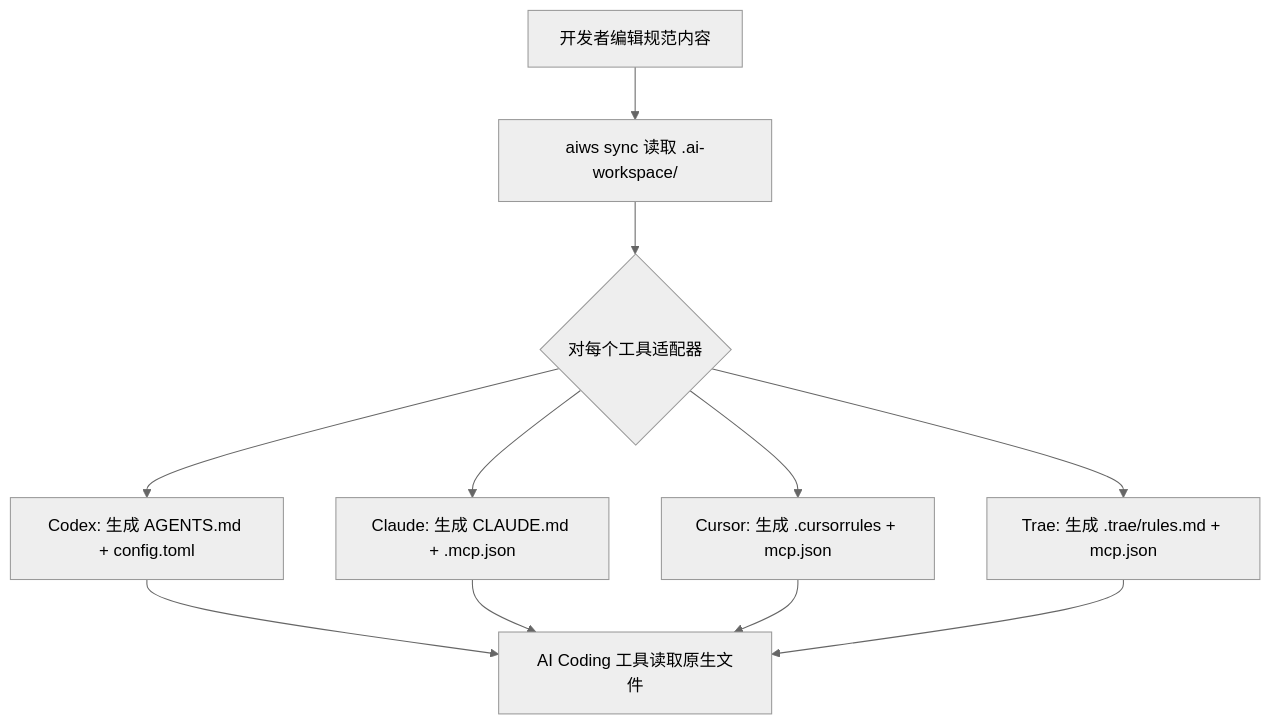
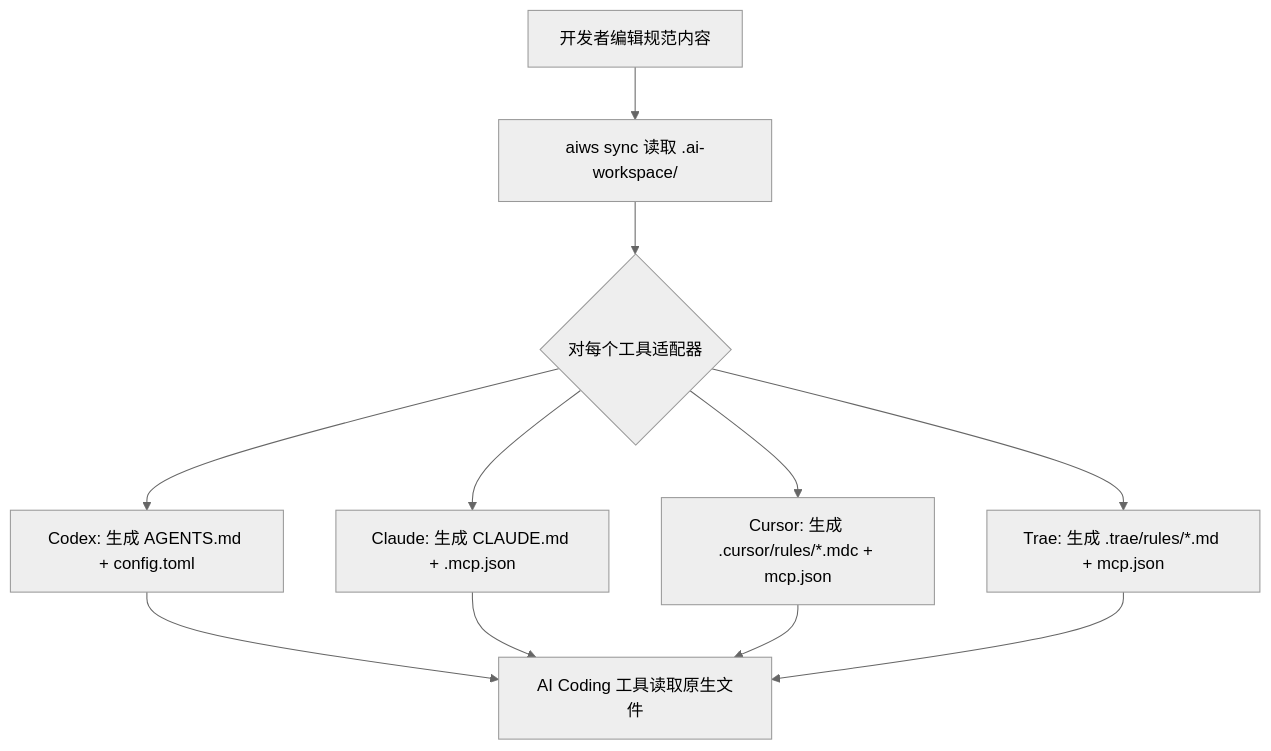
Before and after one commit to ImperfectXuan/ai-management: the first of 2 diagrams in docs/reference/ARCHITECTURE.md, drawn with Mermaid (neutral theme). The commit also changed other lines of this file and 31 other files, not shown here.

````diff
--- a/docs/reference/ARCHITECTURE.md
+++ b/docs/reference/ARCHITECTURE.md
@@ -61,13 +64,13 @@
 ```mermaid
 graph TD
     A[开发者编辑规范内容] --> B[aiws sync 读取 .ai-workspace/]
     B --> C{对每个工具适配器}
     C --> D[Codex: 生成 AGENTS.md + config.toml]
     C --> E[Claude: 生成 CLAUDE.md + .mcp.json]
-    C --> F[Cursor: 生成 .cursorrules + mcp.json]
-    C --> G[Trae: 生成 .trae/rules.md + mcp.json]
+    C --> F[Cursor: 生成 .cursor/rules/*.mdc + mcp.json]
+    C --> G[Trae: 生成 .trae/rules/*.md + mcp.json]
     D --> H[AI Coding 工具读取原生文件]
     E --> H
     F --> H
     G --> H
 ```
````
